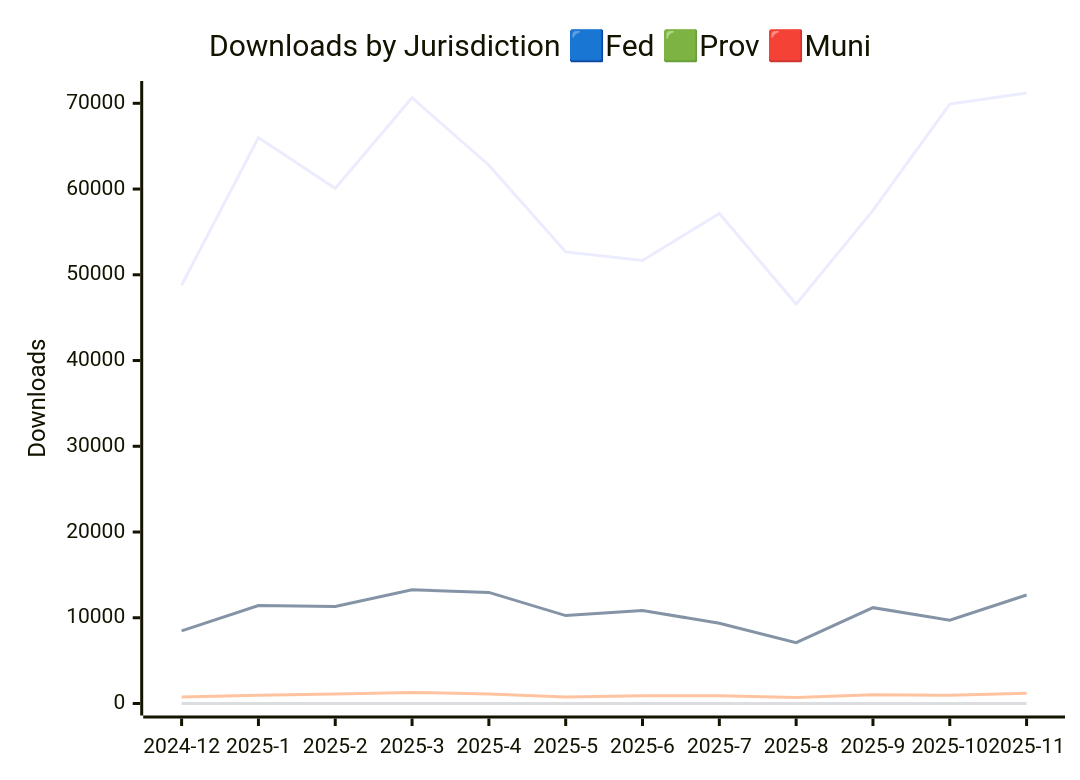
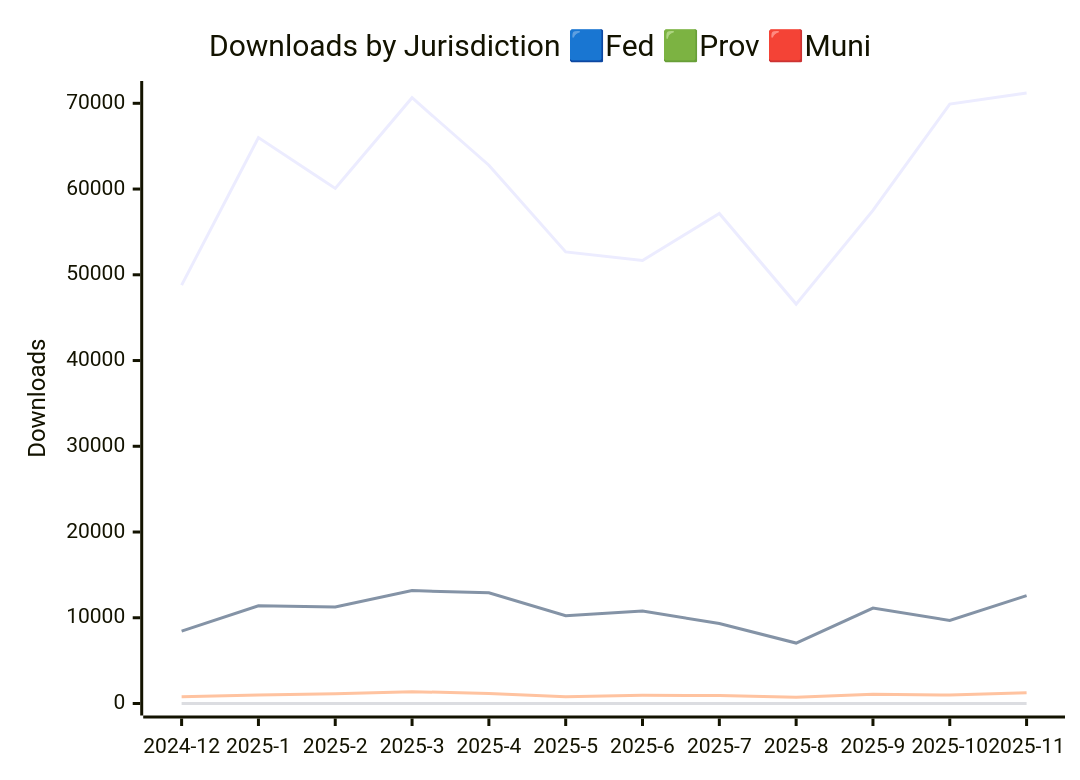
One commit to open-data/analytics-corporate-reporting changed the first of 3 diagrams in JURISDICTION_ANALYTICS_REPORT/readme.md. Above: the diagram before and after it, drawn with Mermaid. The commit also changed other lines of this file and 3 other files, not shown here.

````diff
--- a/JURISDICTION_ANALYTICS_REPORT/readme.md
+++ b/JURISDICTION_ANALYTICS_REPORT/readme.md
@@ -13,11 +13,11 @@
 ```mermaid
 
 xychart-beta
     title "Downloads by Jurisdiction 🟦Fed 🟩Prov 🟥Muni"
     x-axis [2024-12, 2025-1, 2025-2, 2025-3, 2025-4, 2025-5, 2025-6, 2025-7, 2025-8, 2025-9, 2025-10, 2025-11]
     y-axis "Downloads" 0 --> 71202
     line [48788, 66000, 60078, 70649, 62779, 52667, 51662, 57147, 46584, 57516, 69913, 71192]
-    line [8477, 11431, 11305, 13263, 12953, 10255, 10844, 9362, 7102, 11179, 9712, 12653]
-    line [759, 954, 1101, 1289, 1114, 767, 900, 896, 686, 1024, 948, 1189]
+    line [8445, 11399, 11256, 13169, 12908, 10235, 10796, 9320, 7047, 11134, 9680, 12585]
+    line [791, 986, 1150, 1383, 1159, 787, 948, 938, 741, 1069, 980, 1257]
     line [0, 0, 0, 0, 0, 0, 0, 0, 0, 0, 3, 2]
 ```
````
